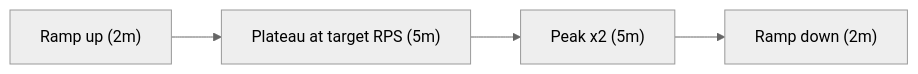
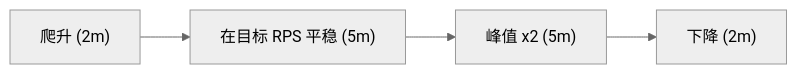
One commit to Kirky-X/diting changed the diagram in references/performance/performance-engineer-guide.md. Above: the diagram before and after it, drawn with Mermaid (neutral theme). The commit also changed other lines of this file and 74 other files, not shown here.

````diff
--- a/references/performance/performance-engineer-guide.md
+++ b/references/performance/performance-engineer-guide.md
@@ -134,6 +134,6 @@
 ```mermaid
 flowchart LR
-    R["Ramp up (2m)"] --> P["Plateau at target RPS (5m)"]
-    P --> Peak["Peak x2 (5m)"]
-    Peak --> RD["Ramp down (2m)"]
+    R["爬升 (2m)"] --> P["在目标 RPS 平稳 (5m)"]
+    P --> Peak["峰值 x2 (5m)"]
+    Peak --> RD["下降 (2m)"]
 ```
````
